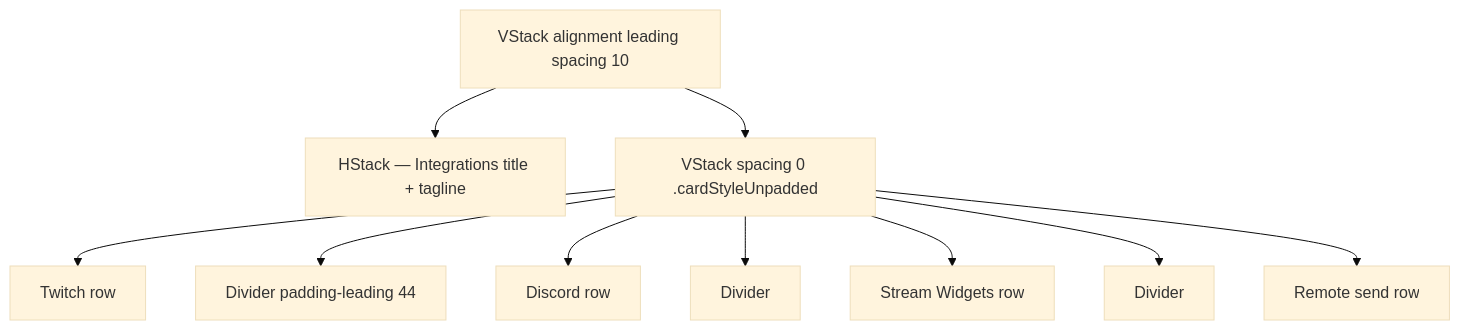
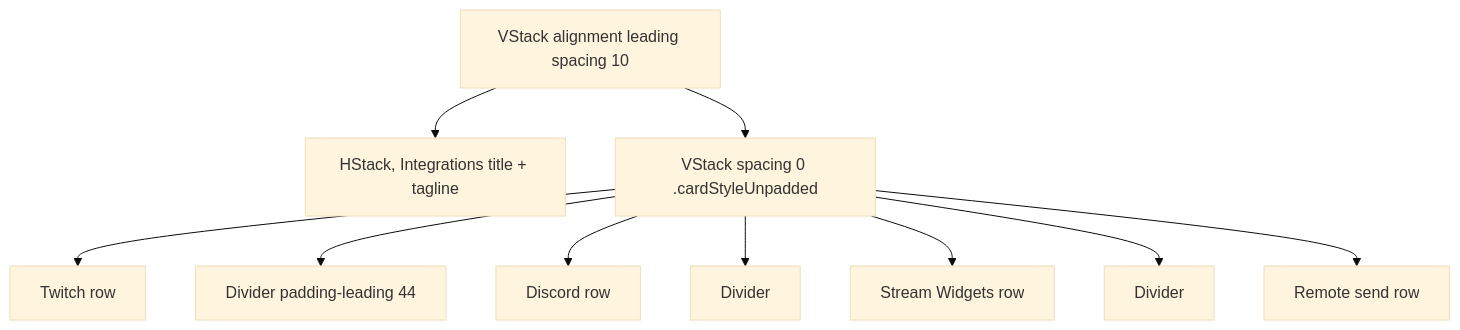
One commit to MrDemonWolf/WolfWave changed the first of 2 diagrams in design-system/components/integration-dashboard-view.md. Above: the diagram before and after it, drawn with Mermaid (base theme). The commit also changed other lines of this file and 152 other files, not shown here.

````diff
--- a/design-system/components/integration-dashboard-view.md
+++ b/design-system/components/integration-dashboard-view.md
@@ -48,12 +48,12 @@
 ```mermaid
 graph TB
-  Dashboard[VStack alignment leading spacing 10] --> Header[HStack — Integrations title + tagline]
+  Dashboard[VStack alignment leading spacing 10] --> Header[HStack, Integrations title + tagline]
   Dashboard --> Card[VStack spacing 0 .cardStyleUnpadded]
   Card --> Row1[Twitch row]
   Card --> Div1[Divider padding-leading 44]
   Card --> Row2[Discord row]
   Card --> Div2[Divider]
   Card --> Row3[Stream Widgets row]
   Card --> Div3[Divider]
   Card --> Row4[Remote send row]
 ```
````
